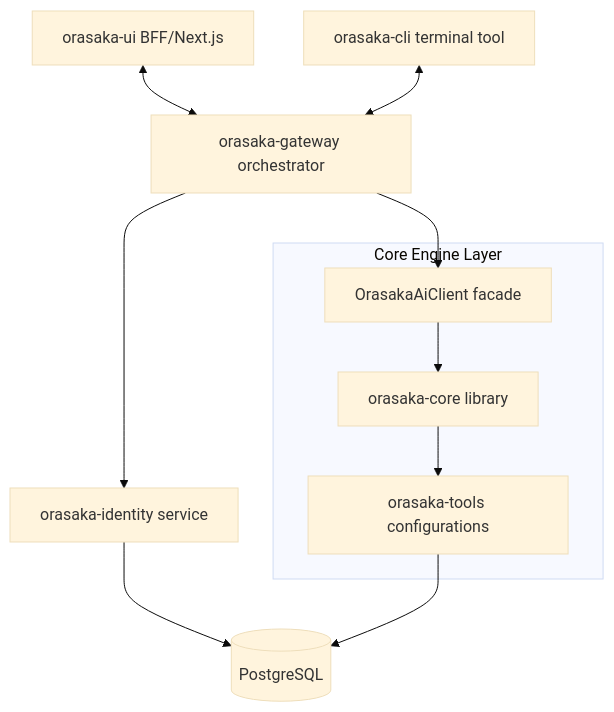
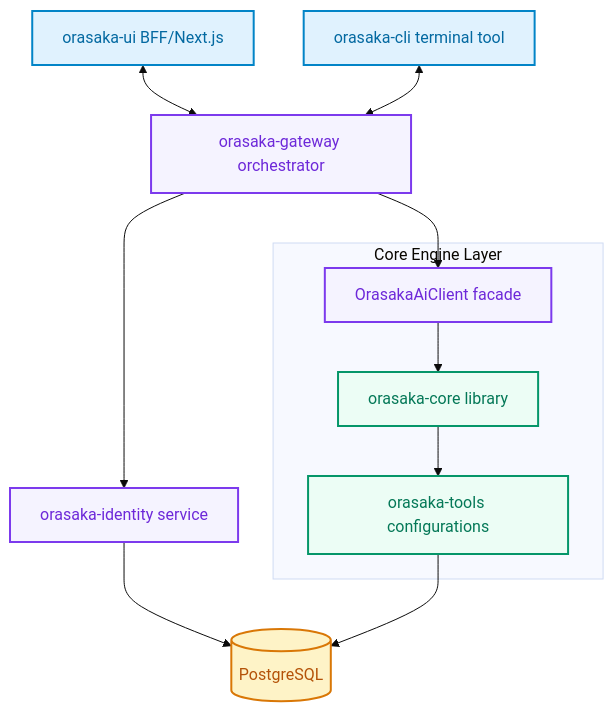
One commit to oussamaABID/orasaka changed the first of 3 diagrams in docs/ARCHITECTURE.md. Above: the diagram before and after it, drawn with Mermaid (base theme). The commit also changed other lines of this file and 1 other file, not shown here.

Commit message:
docs(mermaid): style and unify Mermaid flowcharts in ARCHITECTURE.md and README.md

````diff
--- a/docs/ARCHITECTURE.md
+++ b/docs/ARCHITECTURE.md
@@ -11,16 +11,26 @@
 ```mermaid
 graph TD
     UI[orasaka-ui BFF/Next.js] <--> Gateway[orasaka-gateway orchestrator]
     CLI[orasaka-cli terminal tool] <--> Gateway
     
     Gateway --> CoreClient[OrasakaAiClient facade]
     Gateway --> Identity[orasaka-identity service]
     
     subgraph Core Engine Layer
         CoreClient --> Core[orasaka-core library]
         Core --> Tools[orasaka-tools configurations]
     end
     
     Identity --> Postgres[(PostgreSQL)]
     Tools --> Postgres
+
+    classDef client fill:#e0f2fe,stroke:#0284c7,stroke-width:2px,color:#0369a1;
+    classDef bff fill:#f5f3ff,stroke:#7c3aed,stroke-width:2px,color:#6d28d9;
+    classDef core fill:#ecfdf5,stroke:#059669,stroke-width:2px,color:#047857;
+    classDef infra fill:#fef3c7,stroke:#d97706,stroke-width:2px,color:#b45309;
+    
+    class UI,CLI client;
+    class Gateway,CoreClient,Identity bff;
+    class Core,Tools core;
+    class Postgres infra;
 ```
````
